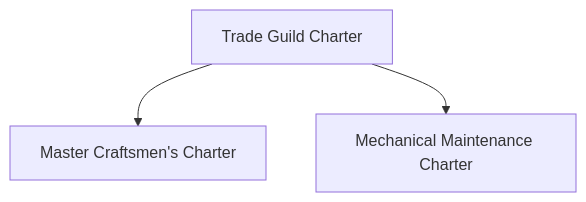
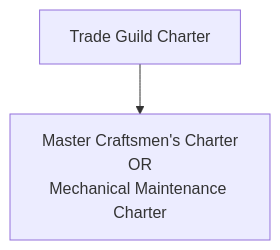
Before and after one commit to HamzahAlrawi/frostpunk-new-industry: the second of 4 diagrams in docs/laws.md, drawn with Mermaid. The commit also changed other lines of this file and 15 other files, not shown here.

````diff
--- a/docs/laws.md
+++ b/docs/laws.md
@@ -35,5 +34,4 @@
 ```mermaid
 flowchart TD
-    root["Trade Guild Charter"] --> a["Master Craftsmen's Charter"]
-    root --> b["Mechanical Maintenance Charter"]
+    root["Trade Guild Charter"] --> choice["Master Craftsmen's Charter<br/>OR<br/>Mechanical Maintenance Charter"]
 ```
````
